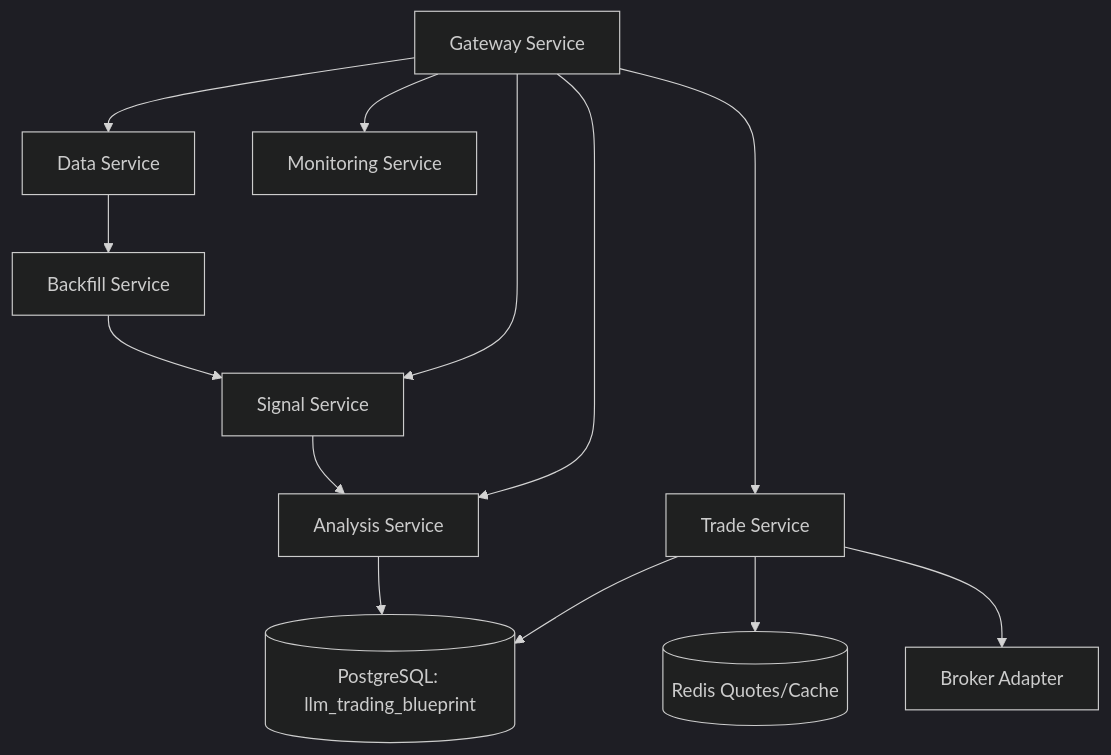
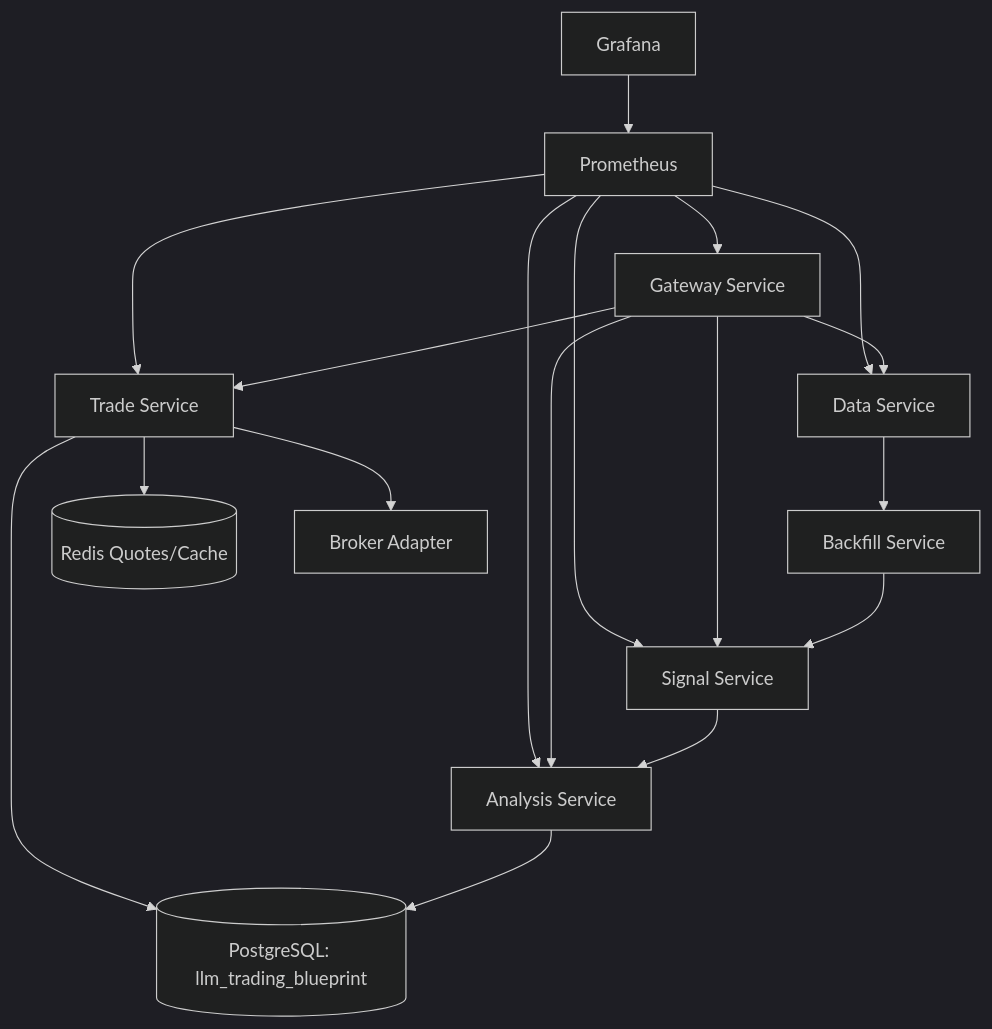
Before and after one commit to AimeSoleil/algo-trader-platform: the diagram in platform_design.md, drawn with Mermaid (dark theme). The commit also changed other lines of this file and 22 other files, not shown here.

Commit message:
feat: remove monitoring instead of integrating with Prometheus

````diff
--- a/platform_design.md
+++ b/platform_design.md
@@ -44,17 +45,23 @@
 ```mermaid
 graph TD
     Data[Data Service] --> Backfill[Backfill Service]
     Backfill --> Signal[Signal Service]
     Signal --> Analysis[Analysis Service]
     Analysis --> DB[(PostgreSQL: llm_trading_blueprint)]
 
     Trade[Trade Service] --> DB
     Trade --> Redis[(Redis Quotes/Cache)]
     Trade --> Broker[Broker Adapter]
 
     Gateway[Gateway Service] --> Data
     Gateway --> Signal
     Gateway --> Analysis
     Gateway --> Trade
-    Gateway --> Monitoring[Monitoring Service]
+
+    Prometheus[Prometheus] --> Gateway
+    Prometheus --> Data
+    Prometheus --> Signal
+    Prometheus --> Analysis
+    Prometheus --> Trade
+    Grafana[Grafana] --> Prometheus
 ```
````
